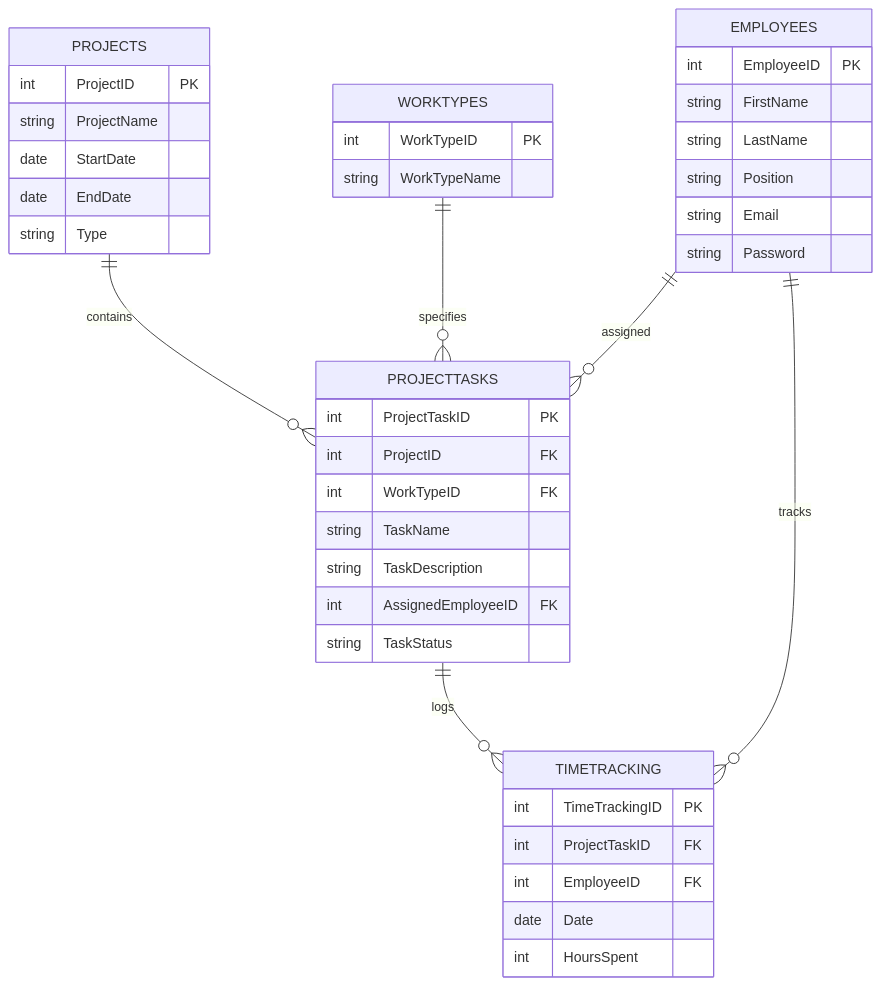
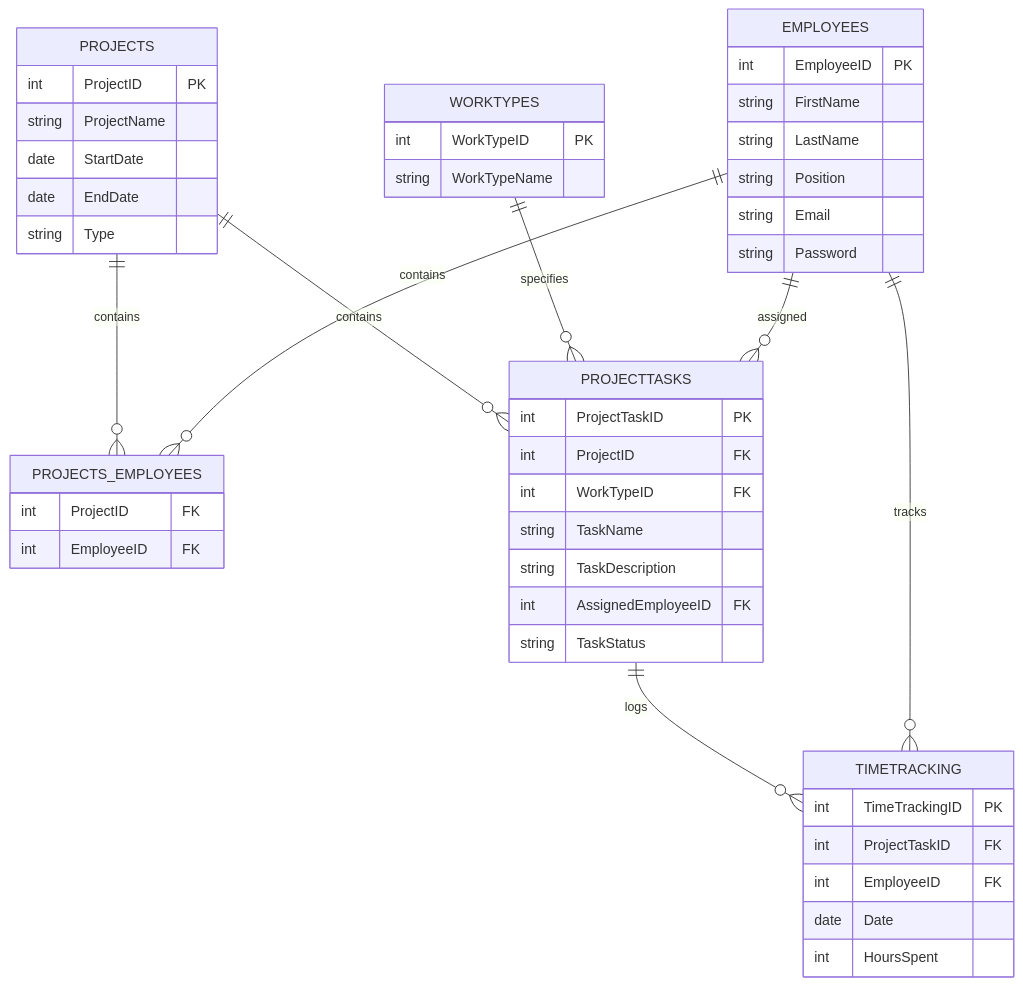
Before and after one commit to konopkin11/InvisiblesSite: the diagram in README.md, drawn with Mermaid.

````diff
--- a/README.md
+++ b/README.md
@@ -1,50 +1,57 @@
 ```mermaid
 erDiagram
 
     PROJECTS {
         int ProjectID PK
         string ProjectName
         date StartDate
         date EndDate
         string Type
     }
-    
+
     WORKTYPES {
         int WorkTypeID PK
         string WorkTypeName
     }
     
     EMPLOYEES {
         int EmployeeID PK
         string FirstName
         string LastName
         string Position
         string Email
         string Password
+    }
+
+     PROJECTS_EMPLOYEES    {
+        int ProjectID FK
+        int EmployeeID FK
     }
     
     PROJECTTASKS {
         int ProjectTaskID PK
         int ProjectID FK
         int WorkTypeID FK
         string TaskName
         string TaskDescription
         int AssignedEmployeeID FK
         string TaskStatus
     }
     
     TIMETRACKING {
         int TimeTrackingID PK
         int ProjectTaskID FK
         int EmployeeID FK
         date Date
         int HoursSpent
     }
 
     PROJECTS ||--o{ PROJECTTASKS : contains
+    PROJECTS ||--o{ PROJECTS_EMPLOYEES : contains
+    EMPLOYEES ||--o{ PROJECTS_EMPLOYEES : contains
     WORKTYPES ||--o{ PROJECTTASKS : specifies
     EMPLOYEES ||--o{ PROJECTTASKS : assigned
     PROJECTTASKS ||--o{ TIMETRACKING : logs
     EMPLOYEES ||--o{ TIMETRACKING : tracks
-
-```
+  
+``` 
````
